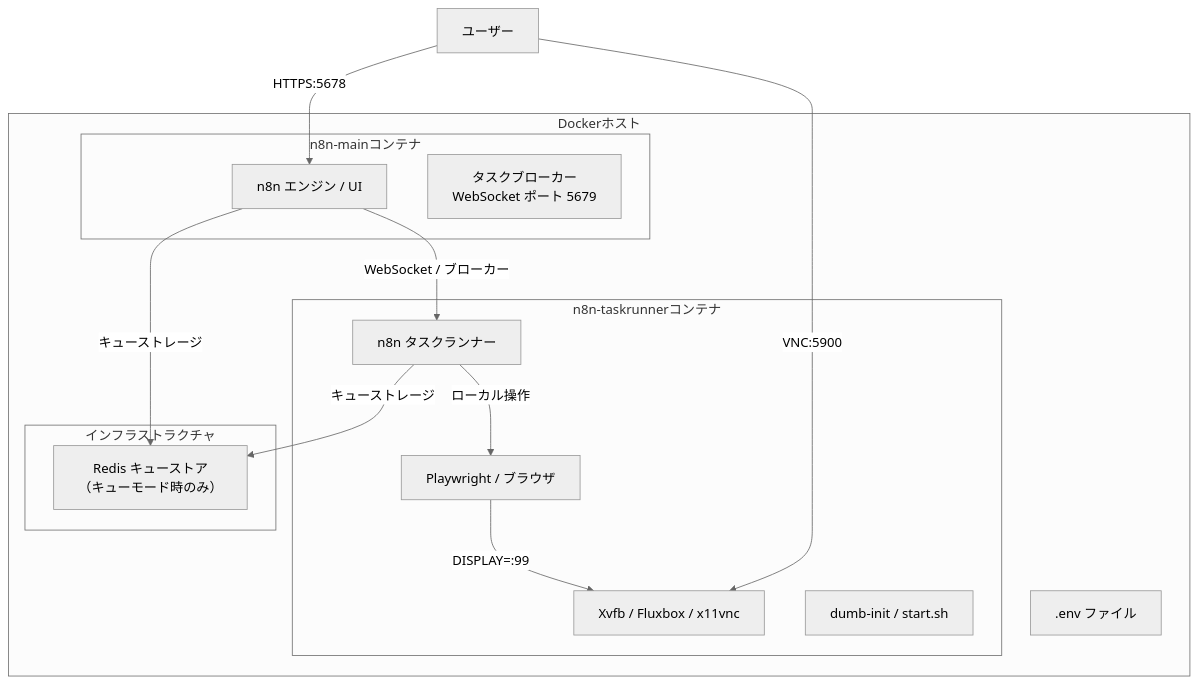
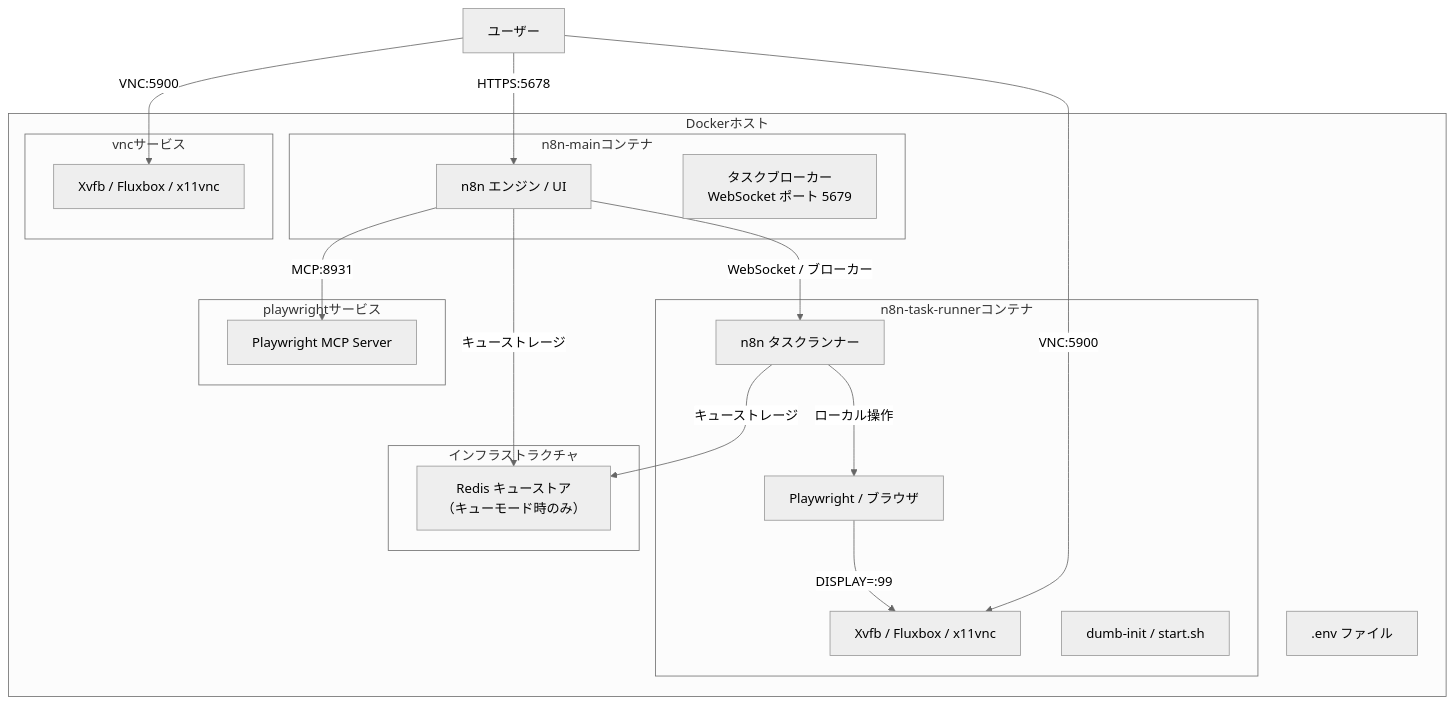
One commit to da-shina/n8n-docker-compose changed the first of 3 diagrams in .kiro/specs/n8n-playwright-vnc-docker/design.md. Above: the diagram before and after it, drawn with Mermaid (neutral theme). The commit also changed other lines of this file and 3 other files, not shown here.

````diff
--- a/.kiro/specs/n8n-playwright-vnc-docker/design.md
+++ b/.kiro/specs/n8n-playwright-vnc-docker/design.md
@@ -32,27 +32,35 @@
 ```mermaid
 graph TB
     subgraph "Dockerホスト"
         subgraph "n8n-mainコンテナ"
             N8N[n8n エンジン / UI]
             Broker[タスクブローカー\nWebSocket ポート 5679]
         end
-        subgraph "n8n-taskrunnerコンテナ"
+        subgraph "n8n-task-runnerコンテナ"
             TR[n8n タスクランナー]
             PW[Playwright / ブラウザ]
             GUI[Xvfb / Fluxbox / x11vnc]
             Init[dumb-init / start.sh]
+        end
+        subgraph "playwrightサービス"
+            PW_SVC[Playwright MCP Server]
+        end
+        subgraph "vncサービス"
+            VNC[Xvfb / Fluxbox / x11vnc]
         end
         subgraph "インフラストラクチャ"
             Redis[Redis キューストア\n（キューモード時のみ）]
         end
         Env[.env ファイル]
     end
 
     ユーザー -- HTTPS:5678 --> N8N
     ユーザー -- VNC:5900 --> GUI
+    ユーザー -- VNC:5900 --> VNC
     N8N -- WebSocket / ブローカー --> TR
     TR -- ローカル操作 --> PW
     PW -- DISPLAY=:99 --> GUI
     N8N -- キューストレージ --> Redis
     TR -- キューストレージ --> Redis
+    N8N -- MCP:8931 --> PW_SVC
 ```
````
